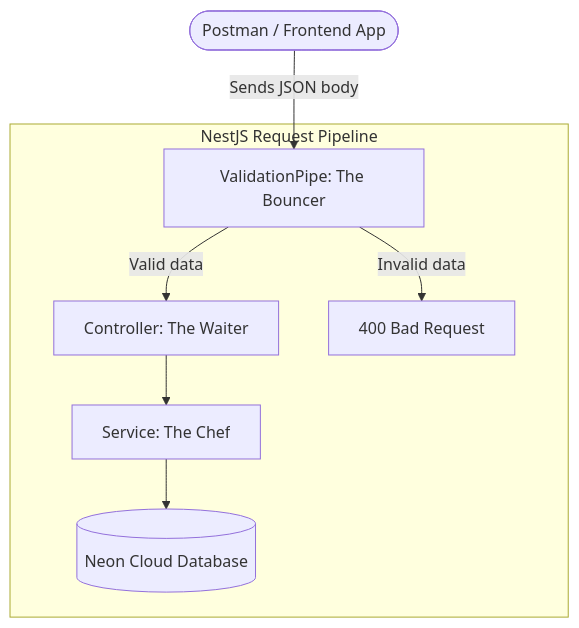
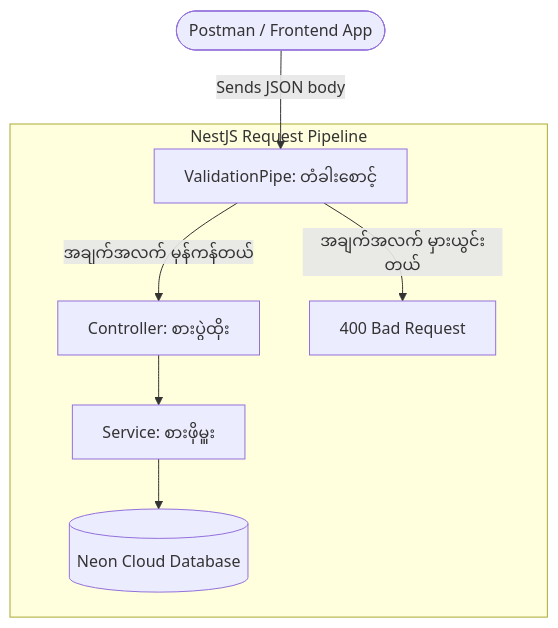
The first of 3 diagrams in system-docs/day-04-complete-guide.md (ayechanaungdev/full-stack-development), drawn with Mermaid before and after one commit. The commit also changed other lines of this file and 13 other files, not shown here.

````diff
--- a/system-docs/day-04-complete-guide.md
+++ b/system-docs/day-04-complete-guide.md
@@ -12,12 +10,12 @@
 ```mermaid
 graph TD
     Client(["Postman / Frontend App"]) -->|"Sends JSON body"| Pipe
 
     subgraph Pipeline ["NestJS Request Pipeline"]
-        Pipe["ValidationPipe: The Bouncer"]
-        Pipe -->|"Valid data"| Controller["Controller: The Waiter"]
-        Pipe -->|"Invalid data"| Error["400 Bad Request"]
-        Controller --> Service["Service: The Chef"]
+        Pipe["ValidationPipe: တံခါးစောင့်"]
+        Pipe -->|"အချက်အလက် မှန်ကန်တယ်"| Controller["Controller: စားပွဲထိုး"]
+        Pipe -->|"အချက်အလက် မှားယွင်းတယ်"| Error["400 Bad Request"]
+        Controller --> Service["Service: စားဖိုမှူး"]
         Service --> DB[("Neon Cloud Database")]
     end
 ```
````
